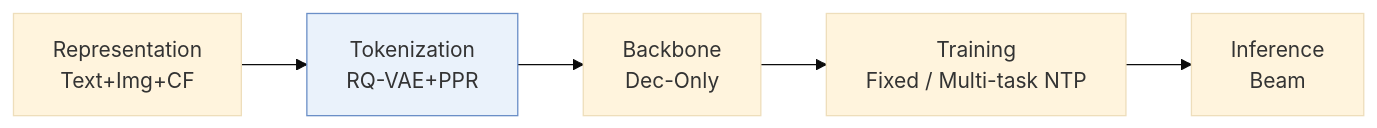
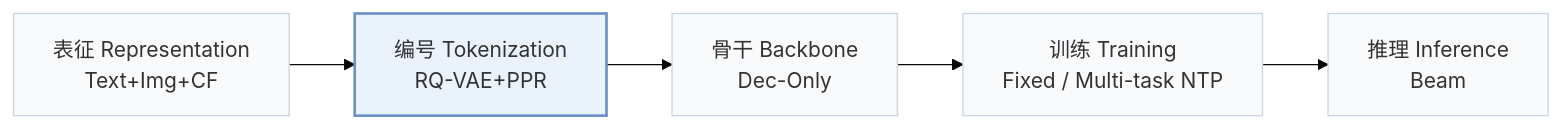
Before and after one commit to Galaxy-ghost/Awesome-SID-Generative-Rec: the first of 2 diagrams in pages/zh/papers/snaplgr.md, drawn with Mermaid (base theme). The commit also changed other lines of this file and 649 other files, not shown here.

Commit message:
writer-05: also tags and modality index (schema, check, build, visuals); summary field removed; calibration data for 12 papers

````diff
--- a/pages/zh/papers/snaplgr.md
+++ b/pages/zh/papers/snaplgr.md
@@ -13,6 +15,8 @@
 ```mermaid
 flowchart LR
-    R["Representation<br/>Text+Img+CF"] --> T["Tokenization<br/>RQ-VAE+PPR"] --> B["Backbone<br/>Dec-Only"] --> TR["Training<br/>Fixed / Multi-task NTP"] --> I["Inference<br/>Beam"]
-    classDef main fill:#eaf2fb,stroke:#6b8fc7
+    R["表征 Representation<br/>Text+Img+CF"] --> T["编号 Tokenization<br/>RQ-VAE+PPR"] --> B["骨干 Backbone<br/>Dec-Only"] --> TR["训练 Training<br/>Fixed / Multi-task NTP"] --> I["推理 Inference<br/>Beam"]
+    classDef base fill:#f8fafc,stroke:#cbd5e1
+    class R,T,B,TR,I base
+    classDef main fill:#eaf2fb,stroke:#6b8fc7,stroke-width:2px
     class T main
 ```
````
